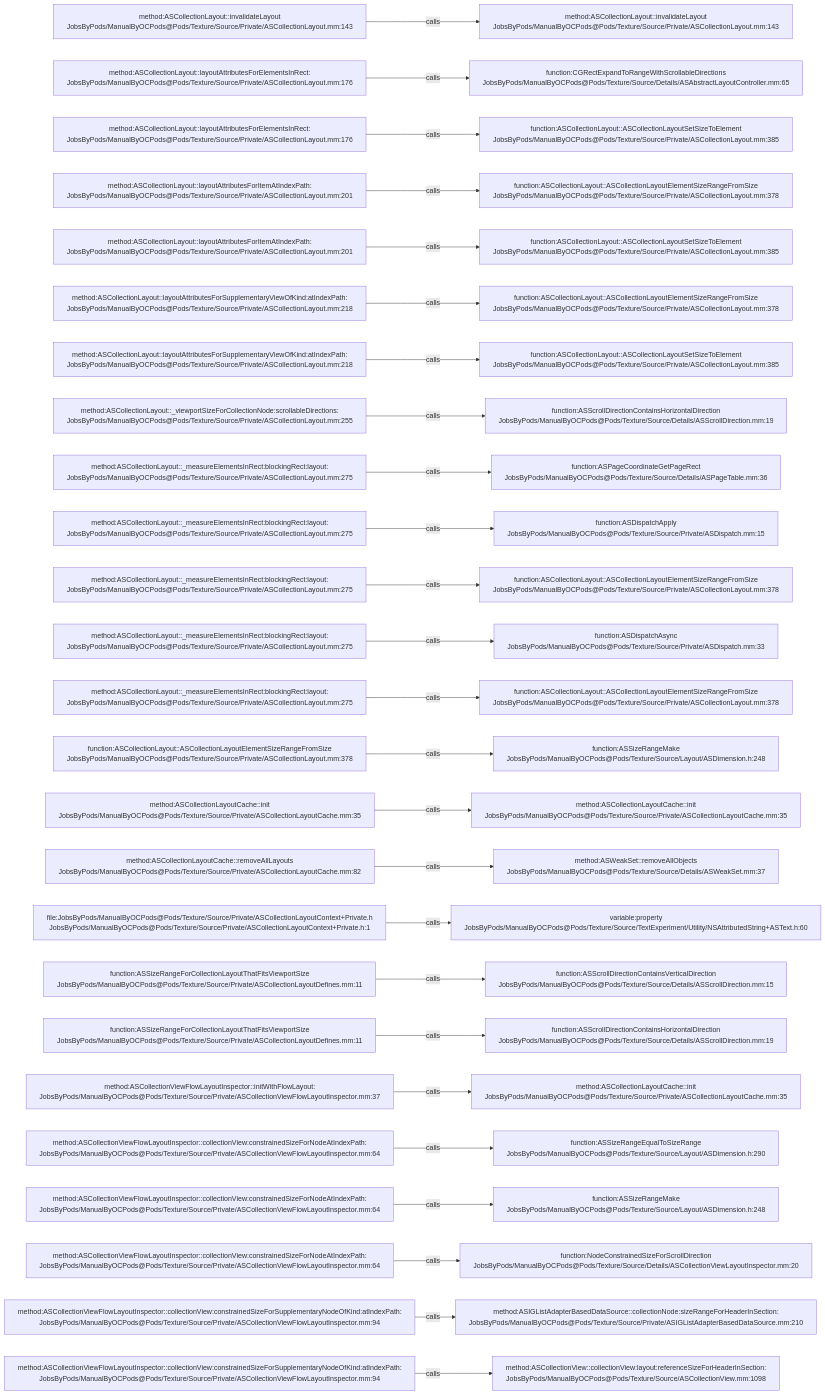
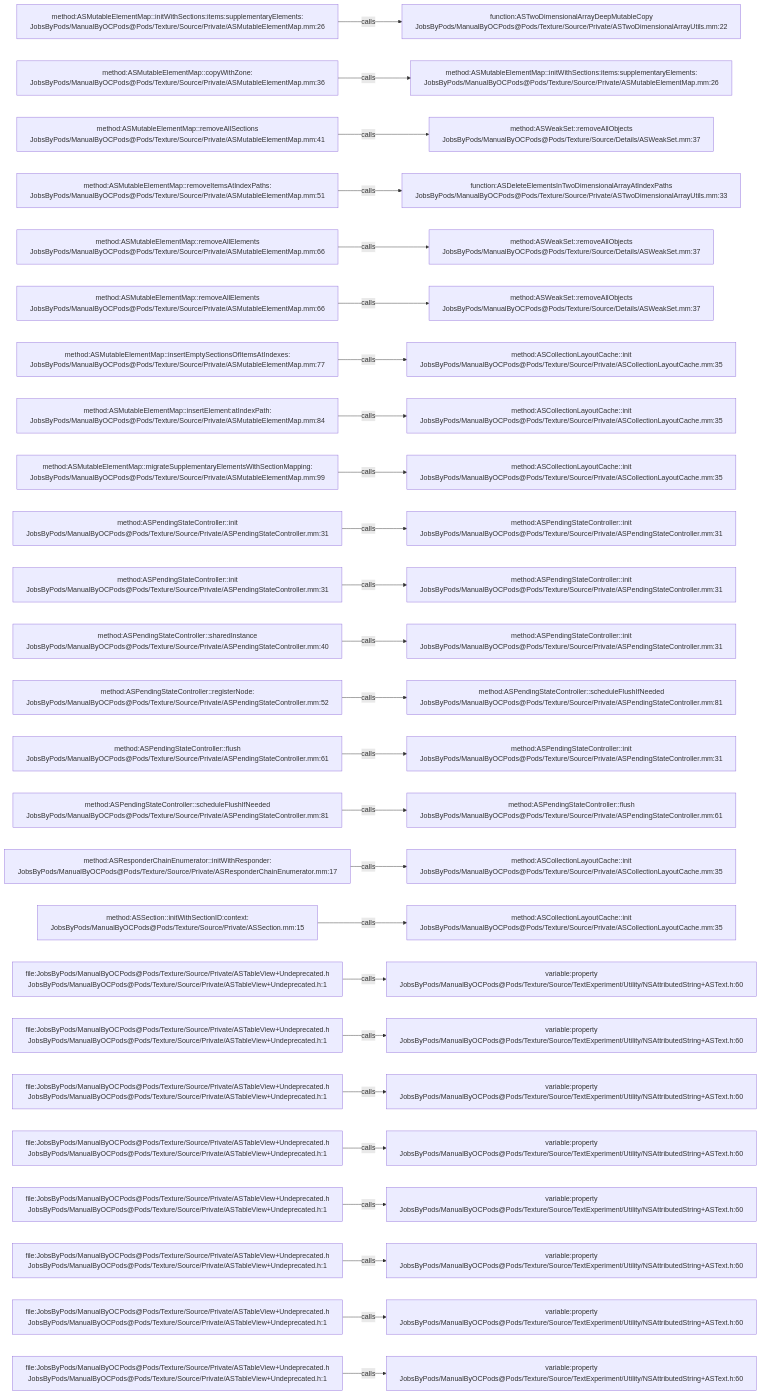
Before and after one commit to JobsKits/JobsOCBaseConfigDemo: the diagram in .codegraph/codegraph.md/graphs/calls-193.md, drawn with Mermaid. The commit also changed 1223 other files, not shown here.

````diff
--- a/.codegraph/codegraph.md/graphs/calls-193.md
+++ b/.codegraph/codegraph.md/graphs/calls-193.md
@@ -13,78 +13,78 @@
 ```mermaid
 flowchart LR
-  S1["method:ASCollectionLayout::invalidateLayout<br/>JobsByPods/ManualByOCPods@Pods/Texture/Source/Private/ASCollectionLayout.mm:143"]
-  T1["method:ASCollectionLayout::invalidateLayout<br/>JobsByPods/ManualByOCPods@Pods/Texture/Source/Private/ASCollectionLayout.mm:143"]
+  S1["method:ASMutableElementMap::initWithSections:items:supplementaryElements:<br/>JobsByPods/ManualByOCPods@Pods/Texture/Source/Private/ASMutableElementMap.mm:26"]
+  T1["function:ASTwoDimensionalArrayDeepMutableCopy<br/>JobsByPods/ManualByOCPods@Pods/Texture/Source/Private/ASTwoDimensionalArrayUtils.mm:22"]
   S1 -->|calls| T1
-  S2["method:ASCollectionLayout::layoutAttributesForElementsInRect:<br/>JobsByPods/ManualByOCPods@Pods/Texture/Source/Private/ASCollectionLayout.mm:176"]
-  T2["function:CGRectExpandToRangeWithScrollableDirections<br/>JobsByPods/ManualByOCPods@Pods/Texture/Source/Details/ASAbstractLayoutController.mm:65"]
+  S2["method:ASMutableElementMap::copyWithZone:<br/>JobsByPods/ManualByOCPods@Pods/Texture/Source/Private/ASMutableElementMap.mm:36"]
+  T2["method:ASMutableElementMap::initWithSections:items:supplementaryElements:<br/>JobsByPods/ManualByOCPods@Pods/Texture/Source/Private/ASMutableElementMap.mm:26"]
   S2 -->|calls| T2
-  S3["method:ASCollectionLayout::layoutAttributesForElementsInRect:<br/>JobsByPods/ManualByOCPods@Pods/Texture/Source/Private/ASCollectionLayout.mm:176"]
-  T3["function:ASCollectionLayout::ASCollectionLayoutSetSizeToElement<br/>JobsByPods/ManualByOCPods@Pods/Texture/Source/Private/ASCollectionLayout.mm:385"]
+  S3["method:ASMutableElementMap::removeAllSections<br/>JobsByPods/ManualByOCPods@Pods/Texture/Source/Private/ASMutableElementMap.mm:41"]
+  T3["method:ASWeakSet::removeAllObjects<br/>JobsByPods/ManualByOCPods@Pods/Texture/Source/Details/ASWeakSet.mm:37"]
   S3 -->|calls| T3
-  S4["method:ASCollectionLayout::layoutAttributesForItemAtIndexPath:<br/>JobsByPods/ManualByOCPods@Pods/Texture/Source/Private/ASCollectionLayout.mm:201"]
-  T4["function:ASCollectionLayout::ASCollectionLayoutElementSizeRangeFromSize<br/>JobsByPods/ManualByOCPods@Pods/Texture/Source/Private/ASCollectionLayout.mm:378"]
+  S4["method:ASMutableElementMap::removeItemsAtIndexPaths:<br/>JobsByPods/ManualByOCPods@Pods/Texture/Source/Private/ASMutableElementMap.mm:51"]
+  T4["function:ASDeleteElementsInTwoDimensionalArrayAtIndexPaths<br/>JobsByPods/ManualByOCPods@Pods/Texture/Source/Private/ASTwoDimensionalArrayUtils.mm:33"]
   S4 -->|calls| T4
-  S5["method:ASCollectionLayout::layoutAttributesForItemAtIndexPath:<br/>JobsByPods/ManualByOCPods@Pods/Texture/Source/Private/ASCollectionLayout.mm:201"]
-  T5["function:ASCollectionLayout::ASCollectionLayoutSetSizeToElement<br/>JobsByPods/ManualByOCPods@Pods/Texture/Source/Private/ASCollectionLayout.mm:385"]
+  S5["method:ASMutableElementMap::removeAllElements<br/>JobsByPods/ManualByOCPods@Pods/Texture/Source/Private/ASMutableElementMap.mm:66"]
+  T5["method:ASWeakSet::removeAllObjects<br/>JobsByPods/ManualByOCPods@Pods/Texture/Source/Details/ASWeakSet.mm:37"]
   S5 -->|calls| T5
-  S6["method:ASCollectionLayout::layoutAttributesForSupplementaryViewOfKind:atIndexPath:<br/>JobsByPods/ManualByOCPods@Pods/Texture/Source/Private/ASCollectionLayout.mm:218"]
-  T6["function:ASCollectionLayout::ASCollectionLayoutElementSizeRangeFromSize<br/>JobsByPods/ManualByOCPods@Pods/Texture/Source/Private/ASCollectionLayout.mm:378"]
+  S6["method:ASMutableElementMap::removeAllElements<br/>JobsByPods/ManualByOCPods@Pods/Texture/Source/Private/ASMutableElementMap.mm:66"]
+  T6["method:ASWeakSet::removeAllObjects<br/>JobsByPods/ManualByOCPods@Pods/Texture/Source/Details/ASWeakSet.mm:37"]
   S6 -->|calls| T6
-  S7["method:ASCollectionLayout::layoutAttributesForSupplementaryViewOfKind:atIndexPath:<br/>JobsByPods/ManualByOCPods@Pods/Texture/Source/Private/ASCollectionLayout.mm:218"]
-  T7["function:ASCollectionLayout::ASCollectionLayoutSetSizeToElement<br/>JobsByPods/ManualByOCPods@Pods/Texture/Source/Private/ASCollectionLayout.mm:385"]
+  S7["method:ASMutableElementMap::insertEmptySectionsOfItemsAtIndexes:<br/>JobsByPods/ManualByOCPods@Pods/Texture/Source/Private/ASMutableElementMap.mm:77"]
+  T7["method:ASCollectionLayoutCache::init<br/>JobsByPods/ManualByOCPods@Pods/Texture/Source/Private/ASCollectionLayoutCache.mm:35"]
   S7 -->|calls| T7
-  S8["method:ASCollectionLayout::_viewportSizeForCollectionNode:scrollableDirections:<br/>JobsByPods/ManualByOCPods@Pods/Texture/Source/Private/ASCollectionLayout.mm:255"]
-  T8["function:ASScrollDirectionContainsHorizontalDirection<br/>JobsByPods/ManualByOCPods@Pods/Texture/Source/Details/ASScrollDirection.mm:19"]
+  S8["method:ASMutableElementMap::insertElement:atIndexPath:<br/>JobsByPods/ManualByOCPods@Pods/Texture/Source/Private/ASMutableElementMap.mm:84"]
+  T8["method:ASCollectionLayoutCache::init<br/>JobsByPods/ManualByOCPods@Pods/Texture/Source/Private/ASCollectionLayoutCache.mm:35"]
   S8 -->|calls| T8
-  S9["method:ASCollectionLayout::_measureElementsInRect:blockingRect:layout:<br/>JobsByPods/ManualByOCPods@Pods/Texture/Source/Private/ASCollectionLayout.mm:275"]
-  T9["function:ASPageCoordinateGetPageRect<br/>JobsByPods/ManualByOCPods@Pods/Texture/Source/Details/ASPageTable.mm:36"]
+  S9["method:ASMutableElementMap::migrateSupplementaryElementsWithSectionMapping:<br/>JobsByPods/ManualByOCPods@Pods/Texture/Source/Private/ASMutableElementMap.mm:99"]
+  T9["method:ASCollectionLayoutCache::init<br/>JobsByPods/ManualByOCPods@Pods/Texture/Source/Private/ASCollectionLayoutCache.mm:35"]
   S9 -->|calls| T9
-  S10["method:ASCollectionLayout::_measureElementsInRect:blockingRect:layout:<br/>JobsByPods/ManualByOCPods@Pods/Texture/Source/Private/ASCollectionLayout.mm:275"]
-  T10["function:ASDispatchApply<br/>JobsByPods/ManualByOCPods@Pods/Texture/Source/Private/ASDispatch.mm:15"]
+  S10["method:ASPendingStateController::init<br/>JobsByPods/ManualByOCPods@Pods/Texture/Source/Private/ASPendingStateController.mm:31"]
+  T10["method:ASPendingStateController::init<br/>JobsByPods/ManualByOCPods@Pods/Texture/Source/Private/ASPendingStateController.mm:31"]
   S10 -->|calls| T10
-  S11["method:ASCollectionLayout::_measureElementsInRect:blockingRect:layout:<br/>JobsByPods/ManualByOCPods@Pods/Texture/Source/Private/ASCollectionLayout.mm:275"]
-  T11["function:ASCollectionLayout::ASCollectionLayoutElementSizeRangeFromSize<br/>JobsByPods/ManualByOCPods@Pods/Texture/Source/Private/ASCollectionLayout.mm:378"]
+  S11["method:ASPendingStateController::init<br/>JobsByPods/ManualByOCPods@Pods/Texture/Source/Private/ASPendingStateController.mm:31"]
+  T11["method:ASPendingStateController::init<br/>JobsByPods/ManualByOCPods@Pods/Texture/Source/Private/ASPendingStateController.mm:31"]
   S11 -->|calls| T11
-  S12["method:ASCollectionLayout::_measureElementsInRect:blockingRect:layout:<br/>JobsByPods/ManualByOCPods@Pods/Texture/Source/Private/ASCollectionLayout.mm:275"]
-  T12["function:ASDispatchAsync<br/>JobsByPods/ManualByOCPods@Pods/Texture/Source/Private/ASDispatch.mm:33"]
+  S12["method:ASPendingStateController::sharedInstance<br/>JobsByPods/ManualByOCPods@Pods/Texture/Source/Private/ASPendingStateController.mm:40"]
+  T12["method:ASPendingStateController::init<br/>JobsByPods/ManualByOCPods@Pods/Texture/Source/Private/ASPendingStateController.mm:31"]
   S12 -->|calls| T12
-  S13["method:ASCollectionLayout::_measureElementsInRect:blockingRect:layout:<br/>JobsByPods/ManualByOCPods@Pods/Texture/Source/Private/ASCollectionLayout.mm:275"]
-  T13["function:ASCollectionLayout::ASCollectionLayoutElementSizeRangeFromSize<br/>JobsByPods/ManualByOCPods@Pods/Texture/Source/Private/ASCollectionLayout.mm:378"]
+  S13["method:ASPendingStateController::registerNode:<br/>JobsByPods/ManualByOCPods@Pods/Texture/Source/Private/ASPendingStateController.mm:52"]
+  T13["method:ASPendingStateController::scheduleFlushIfNeeded<br/>JobsByPods/ManualByOCPods@Pods/Texture/Source/Private/ASPendingStateController.mm:81"]
   S13 -->|calls| T13
-  S14["function:ASCollectionLayout::ASCollectionLayoutElementSizeRangeFromSize<br/>JobsByPods/ManualByOCPods@Pods/Texture/Source/Private/ASCollectionLayout.mm:378"]
-  T14["function:ASSizeRangeMake<br/>JobsByPods/ManualByOCPods@Pods/Texture/Source/Layout/ASDimension.h:248"]
+  S14["method:ASPendingStateController::flush<br/>JobsByPods/ManualByOCPods@Pods/Texture/Source/Private/ASPendingStateController.mm:61"]
+  T14["method:ASPendingStateController::init<br/>JobsByPods/ManualByOCPods@Pods/Texture/Source/Private/ASPendingStateController.mm:31"]
   S14 -->|calls| T14
-  S15["method:ASCollectionLayoutCache::init<br/>JobsByPods/ManualByOCPods@Pods/Texture/Source/Private/ASCollectionLayoutCache.mm:35"]
-  T15["method:ASCollectionLayoutCache::init<br/>JobsByPods/ManualByOCPods@Pods/Texture/Source/Private/ASCollectionLayoutCache.mm:35"]
+  S15["method:ASPendingStateController::scheduleFlushIfNeeded<br/>JobsByPods/ManualByOCPods@Pods/Texture/Source/Private/ASPendingStateController.mm:81"]
+  T15["method:ASPendingStateController::flush<br/>JobsByPods/ManualByOCPods@Pods/Texture/Source/Private/ASPendingStateController.mm:61"]
   S15 -->|calls| T15
-  S16["method:ASCollectionLayoutCache::removeAllLayouts<br/>JobsByPods/ManualByOCPods@Pods/Texture/Source/Private/ASCollectionLayoutCache.mm:82"]
-  T16["method:ASWeakSet::removeAllObjects<br/>JobsByPods/ManualByOCPods@Pods/Texture/Source/Details/ASWeakSet.mm:37"]
+  S16["method:ASResponderChainEnumerator::initWithResponder:<br/>JobsByPods/ManualByOCPods@Pods/Texture/Source/Private/ASResponderChainEnumerator.mm:17"]
+  T16["method:ASCollectionLayoutCache::init<br/>JobsByPods/ManualByOCPods@Pods/Texture/Source/Private/ASCollectionLayoutCache.mm:35"]
   S16 -->|calls| T16
-  S17["file:JobsByPods/ManualByOCPods@Pods/Texture/Source/Private/ASCollectionLayoutContext+Private.h<br/>JobsByPods/ManualByOCPods@Pods/Texture/Source/Private/ASCollectionLayoutContext+Private.h:1"]
-  T17["variable:property<br/>JobsByPods/ManualByOCPods@Pods/Texture/Source/TextExperiment/Utility/NSAttributedString+ASText.h:60"]
+  S17["method:ASSection::initWithSectionID:context:<br/>JobsByPods/ManualByOCPods@Pods/Texture/Source/Private/ASSection.mm:15"]
+  T17["method:ASCollectionLayoutCache::init<br/>JobsByPods/ManualByOCPods@Pods/Texture/Source/Private/ASCollectionLayoutCache.mm:35"]
   S17 -->|calls| T17
-  S18["function:ASSizeRangeForCollectionLayoutThatFitsViewportSize<br/>JobsByPods/ManualByOCPods@Pods/Texture/Source/Private/ASCollectionLayoutDefines.mm:11"]
-  T18["function:ASScrollDirectionContainsVerticalDirection<br/>JobsByPods/ManualByOCPods@Pods/Texture/Source/Details/ASScrollDirection.mm:15"]
+  S18["file:JobsByPods/ManualByOCPods@Pods/Texture/Source/Private/ASTableView+Undeprecated.h<br/>JobsByPods/ManualByOCPods@Pods/Texture/Source/Private/ASTableView+Undeprecated.h:1"]
+  T18["variable:property<br/>JobsByPods/ManualByOCPods@Pods/Texture/Source/TextExperiment/Utility/NSAttributedString+ASText.h:60"]
   S18 -->|calls| T18
-  S19["function:ASSizeRangeForCollectionLayoutThatFitsViewportSize<br/>JobsByPods/ManualByOCPods@Pods/Texture/Source/Private/ASCollectionLayoutDefines.mm:11"]
-  T19["function:ASScrollDirectionContainsHorizontalDirection<br/>JobsByPods/ManualByOCPods@Pods/Texture/Source/Details/ASScrollDirection.mm:19"]
+  S19["file:JobsByPods/ManualByOCPods@Pods/Texture/Source/Private/ASTableView+Undeprecated.h<br/>JobsByPods/ManualByOCPods@Pods/Texture/Source/Private/ASTableView+Undeprecated.h:1"]
+  T19["variable:property<br/>JobsByPods/ManualByOCPods@Pods/Texture/Source/TextExperiment/Utility/NSAttributedString+ASText.h:60"]
   S19 -->|calls| T19
-  S20["method:ASCollectionViewFlowLayoutInspector::initWithFlowLayout:<br/>JobsByPods/ManualByOCPods@Pods/Texture/Source/Private/ASCollectionViewFlowLayoutInspector.mm:37"]
-  T20["method:ASCollectionLayoutCache::init<br/>JobsByPods/ManualByOCPods@Pods/Texture/Source/Private/ASCollectionLayoutCache.mm:35"]
+  S20["file:JobsByPods/ManualByOCPods@Pods/Texture/Source/Private/ASTableView+Undeprecated.h<br/>JobsByPods/ManualByOCPods@Pods/Texture/Source/Private/ASTableView+Undeprecated.h:1"]
+  T20["variable:property<br/>JobsByPods/ManualByOCPods@Pods/Texture/Source/TextExperiment/Utility/NSAttributedString+ASText.h:60"]
   S20 -->|calls| T20
-  S21["method:ASCollectionViewFlowLayoutInspector::collectionView:constrainedSizeForNodeAtIndexPath:<br/>JobsByPods/ManualByOCPods@Pods/Texture/Source/Private/ASCollectionViewFlowLayoutInspector.mm:64"]
-  T21["function:ASSizeRangeEqualToSizeRange<br/>JobsByPods/ManualByOCPods@Pods/Texture/Source/Layout/ASDimension.h:290"]
+  S21["file:JobsByPods/ManualByOCPods@Pods/Texture/Source/Private/ASTableView+Undeprecated.h<br/>JobsByPods/ManualByOCPods@Pods/Texture/Source/Private/ASTableView+Undeprecated.h:1"]
+  T21["variable:property<br/>JobsByPods/ManualByOCPods@Pods/Texture/Source/TextExperiment/Utility/NSAttributedString+ASText.h:60"]
   S21 -->|calls| T21
-  S22["method:ASCollectionViewFlowLayoutInspector::collectionView:constrainedSizeForNodeAtIndexPath:<br/>JobsByPods/ManualByOCPods@Pods/Texture/Source/Private/ASCollectionViewFlowLayoutInspector.mm:64"]
-  T22["function:ASSizeRangeMake<br/>JobsByPods/ManualByOCPods@Pods/Texture/Source/Layout/ASDimension.h:248"]
+  S22["file:JobsByPods/ManualByOCPods@Pods/Texture/Source/Private/ASTableView+Undeprecated.h<br/>JobsByPods/ManualByOCPods@Pods/Texture/Source/Private/ASTableView+Undeprecated.h:1"]
+  T22["variable:property<br/>JobsByPods/ManualByOCPods@Pods/Texture/Source/TextExperiment/Utility/NSAttributedString+ASText.h:60"]
   S22 -->|calls| T22
-  S23["method:ASCollectionViewFlowLayoutInspector::collectionView:constrainedSizeForNodeAtIndexPath:<br/>JobsByPods/ManualByOCPods@Pods/Texture/Source/Private/ASCollectionViewFlowLayoutInspector.mm:64"]
-  T23["function:NodeConstrainedSizeForScrollDirection<br/>JobsByPods/ManualByOCPods@Pods/Texture/Source/Details/ASCollectionViewLayoutInspector.mm:20"]
+  S23["file:JobsByPods/ManualByOCPods@Pods/Texture/Source/Private/ASTableView+Undeprecated.h<br/>JobsByPods/ManualByOCPods@Pods/Texture/Source/Private/ASTableView+Undeprecated.h:1"]
+  T23["variable:property<br/>JobsByPods/ManualByOCPods@Pods/Texture/Source/TextExperiment/Utility/NSAttributedString+ASText.h:60"]
   S23 -->|calls| T23
-  S24["method:ASCollectionViewFlowLayoutInspector::collectionView:constrainedSizeForSupplementaryNodeOfKind:atIndexPath:<br/>JobsByPods/ManualByOCPods@Pods/Texture/Source/Private/ASCollectionViewFlowLayoutInspector.mm:94"]
-  T24["method:ASIGListAdapterBasedDataSource::collectionNode:sizeRangeForHeaderInSection:<br/>JobsByPods/ManualByOCPods@Pods/Texture/Source/Private/ASIGListAdapterBasedDataSource.mm:210"]
+  S24["file:JobsByPods/ManualByOCPods@Pods/Texture/Source/Private/ASTableView+Undeprecated.h<br/>JobsByPods/ManualByOCPods@Pods/Texture/Source/Private/ASTableView+Undeprecated.h:1"]
+  T24["variable:property<br/>JobsByPods/ManualByOCPods@Pods/Texture/Source/TextExperiment/Utility/NSAttributedString+ASText.h:60"]
   S24 -->|calls| T24
-  S25["method:ASCollectionViewFlowLayoutInspector::collectionView:constrainedSizeForSupplementaryNodeOfKind:atIndexPath:<br/>JobsByPods/ManualByOCPods@Pods/Texture/Source/Private/ASCollectionViewFlowLayoutInspector.mm:94"]
-  T25["method:ASCollectionView::collectionView:layout:referenceSizeForHeaderInSection:<br/>JobsByPods/ManualByOCPods@Pods/Texture/Source/ASCollectionView.mm:1098"]
+  S25["file:JobsByPods/ManualByOCPods@Pods/Texture/Source/Private/ASTableView+Undeprecated.h<br/>JobsByPods/ManualByOCPods@Pods/Texture/Source/Private/ASTableView+Undeprecated.h:1"]
+  T25["variable:property<br/>JobsByPods/ManualByOCPods@Pods/Texture/Source/TextExperiment/Utility/NSAttributedString+ASText.h:60"]
   S25 -->|calls| T25
 ```
````
